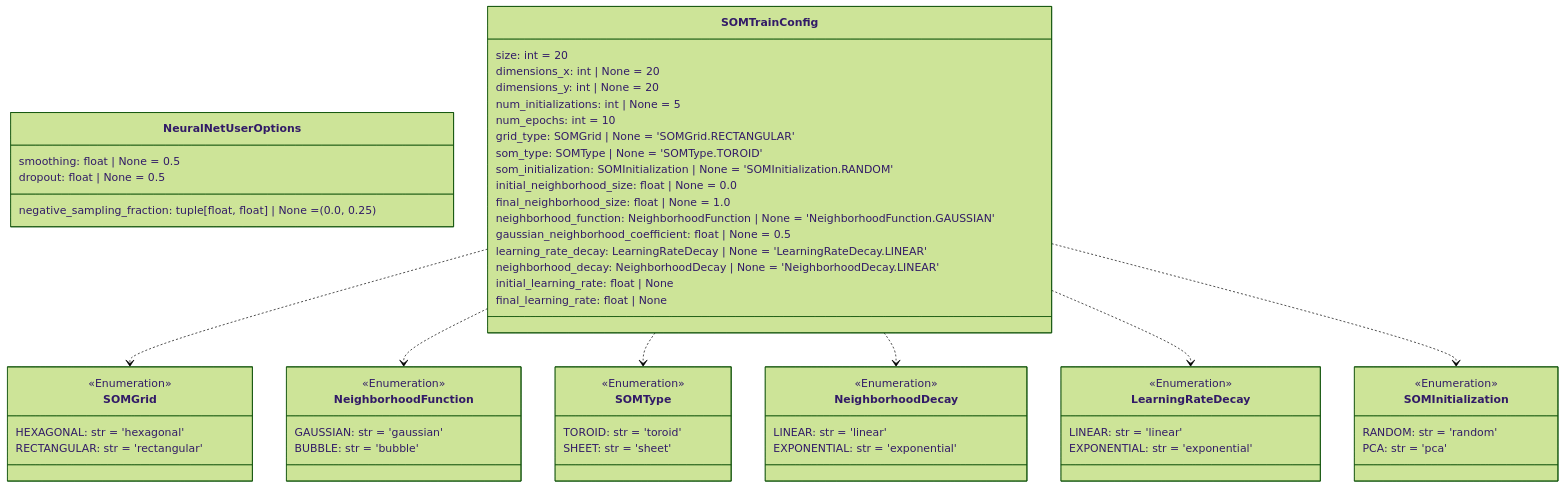
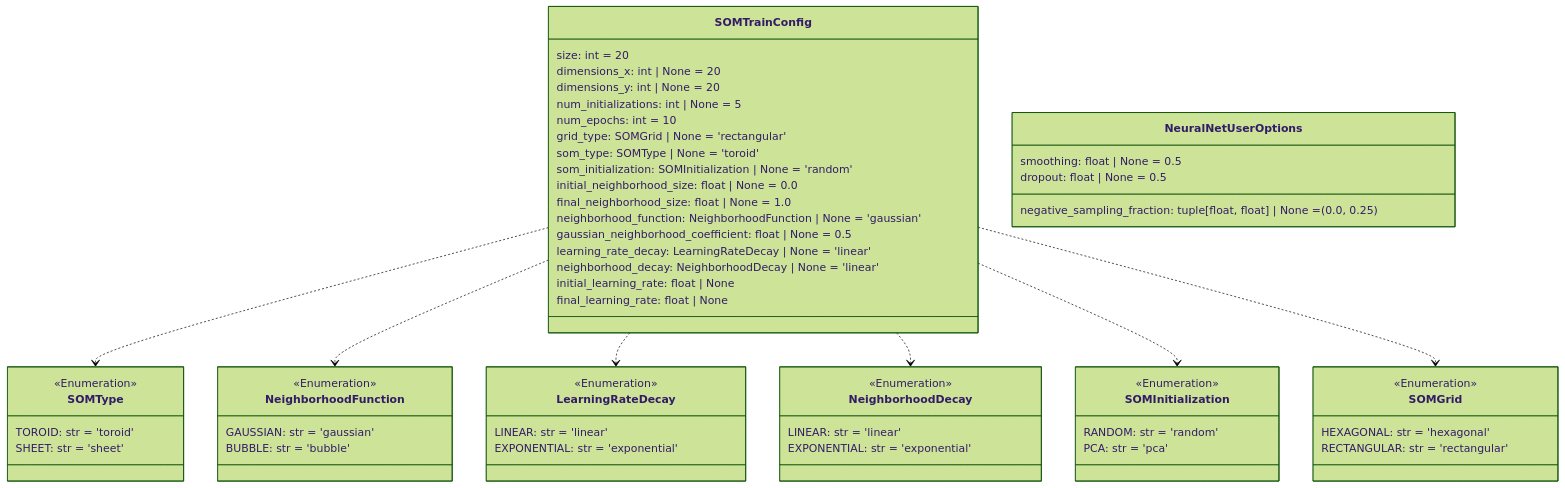
Before and after one commit to DARPA-CRITICALMAAS/cdr_schemas: diagram 14 of 14 in README.md, drawn with Mermaid (forest theme). The commit also changed other lines of this file and 2 other files, not shown here.

````diff
--- a/README.md
+++ b/README.md
@@ -1207,73 +1209,73 @@
 ```mermaid
 classDiagram
 
-    class NeuralNetUserOptions {
-        smoothing: float | None = 0.5
-        dropout: float | None = 0.5
-        negative_sampling_fraction: tuple[float, float] | None = (0.0, 0.25)
+    class SOMTrainConfig {
+        size: int = 20
+        dimensions_x: int | None = 20
+        dimensions_y: int | None = 20
+        num_initializations: int | None = 5
+        num_epochs: int = 10
+        grid_type: SOMGrid | None = 'rectangular'
+        som_type: SOMType | None = 'toroid'
+        som_initialization: SOMInitialization | None = 'random'
+        initial_neighborhood_size: float | None = 0.0
+        final_neighborhood_size: float | None = 1.0
+        neighborhood_function: NeighborhoodFunction | None = 'gaussian'
+        gaussian_neighborhood_coefficient: float | None = 0.5
+        learning_rate_decay: LearningRateDecay | None = 'linear'
+        neighborhood_decay: NeighborhoodDecay | None = 'linear'
+        initial_learning_rate: float | None
+        final_learning_rate: float | None
     }
 
     class NeighborhoodFunction {
         <<Enumeration>>
         GAUSSIAN: str = 'gaussian'
         BUBBLE: str = 'bubble'
     }
 
-    class NeighborhoodDecay {
-        <<Enumeration>>
-        LINEAR: str = 'linear'
-        EXPONENTIAL: str = 'exponential'
-    }
-
     class LearningRateDecay {
         <<Enumeration>>
         LINEAR: str = 'linear'
         EXPONENTIAL: str = 'exponential'
-    }
-
-    class SOMInitialization {
-        <<Enumeration>>
-        RANDOM: str = 'random'
-        PCA: str = 'pca'
     }
 
     class SOMGrid {
         <<Enumeration>>
         HEXAGONAL: str = 'hexagonal'
         RECTANGULAR: str = 'rectangular'
     }
 
     class SOMType {
         <<Enumeration>>
         TOROID: str = 'toroid'
         SHEET: str = 'sheet'
     }
 
-    class SOMTrainConfig {
-        size: int = 20
-        dimensions_x: int | None = 20
-        dimensions_y: int | None = 20
-        num_initializations: int | None = 5
-        num_epochs: int = 10
-        grid_type: SOMGrid | None = 'SOMGrid.RECTANGULAR'
-        som_type: SOMType | None = 'SOMType.TOROID'
-        som_initialization: SOMInitialization | None = 'SOMInitialization.RANDOM'
-        initial_neighborhood_size: float | None = 0.0
-        final_neighborhood_size: float | None = 1.0
-        neighborhood_function: NeighborhoodFunction | None = 'NeighborhoodFunction.GAUSSIAN'
-        gaussian_neighborhood_coefficient: float | None = 0.5
-        learning_rate_decay: LearningRateDecay | None = 'LearningRateDecay.LINEAR'
-        neighborhood_decay: NeighborhoodDecay | None = 'NeighborhoodDecay.LINEAR'
-        initial_learning_rate: float | None
-        final_learning_rate: float | None
+    class NeuralNetUserOptions {
+        smoothing: float | None = 0.5
+        dropout: float | None = 0.5
+        negative_sampling_fraction: tuple[float, float] | None = (0.0, 0.25)
     }
 
+    class NeighborhoodDecay {
+        <<Enumeration>>
+        LINEAR: str = 'linear'
+        EXPONENTIAL: str = 'exponential'
+    }
+
+    class SOMInitialization {
+        <<Enumeration>>
+        RANDOM: str = 'random'
+        PCA: str = 'pca'
+    }
+
+    SOMTrainConfig ..> SOMType
+    SOMTrainConfig ..> NeighborhoodFunction
+    SOMTrainConfig ..> LearningRateDecay
+    SOMTrainConfig ..> NeighborhoodDecay
+    SOMTrainConfig ..> SOMInitialization
     SOMTrainConfig ..> SOMGrid
-    SOMTrainConfig ..> NeighborhoodFunction
-    SOMTrainConfig ..> SOMType
-    SOMTrainConfig ..> NeighborhoodDecay
-    SOMTrainConfig ..> LearningRateDecay
-    SOMTrainConfig ..> SOMInitialization
 
 
 ```
````
